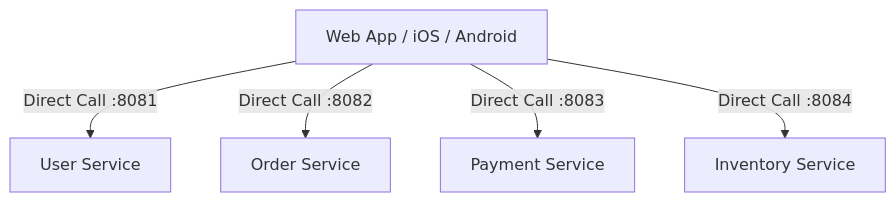
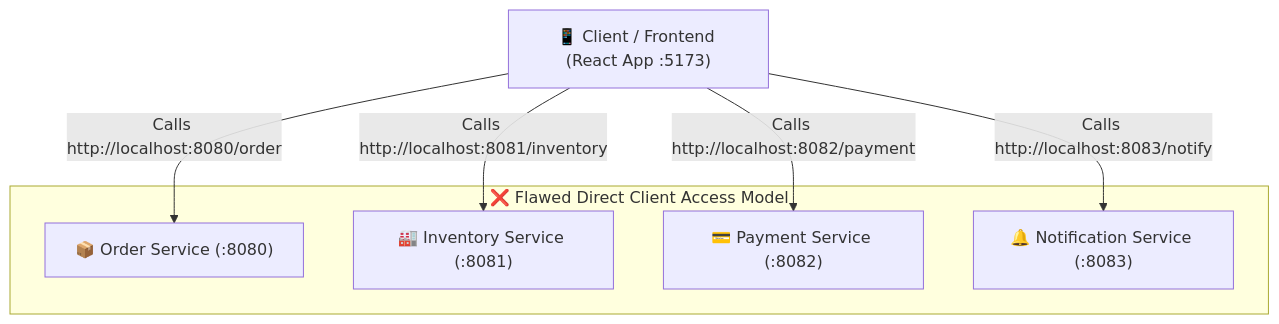
The first of 5 diagrams in spring-boot-microservices-notes/04-api-gateway.md (rohithgowda18/Notes), drawn with Mermaid before and after one commit. The commit also changed other lines of this file, not shown here.

Commit message:
docs: enrich 04-api-gateway.md with placement-grade notes, WebFlux architecture, dynamic routing and interview Q&A

````diff
--- a/spring-boot-microservices-notes/04-api-gateway.md
+++ b/spring-boot-microservices-notes/04-api-gateway.md
@@ -28,8 +29,16 @@
 ```mermaid
-graph TD
-    Client[Web App / iOS / Android]
-    Client -->|"Direct Call :8081"| US[User Service]
-    Client -->|"Direct Call :8082"| OS[Order Service]
-    Client -->|"Direct Call :8083"| PS[Payment Service]
-    Client -->|"Direct Call :8084"| IS[Inventory Service]
+flowchart TD
+    Client["📱 Client / Frontend (React App :5173)"]
+    
+    subgraph DirectAccess ["❌ Flawed Direct Client Access Model"]
+        Order["📦 Order Service (:8080)"]
+        Inv["🏭 Inventory Service (:8081)"]
+        Pay["💳 Payment Service (:8082)"]
+        Notif["🔔 Notification Service (:8083)"]
+    end
+
+    Client -->|"Calls http://localhost:8080/order"| Order
+    Client -->|"Calls http://localhost:8081/inventory"| Inv
+    Client -->|"Calls http://localhost:8082/payment"| Pay
+    Client -->|"Calls http://localhost:8083/notify"| Notif
 ```
````
